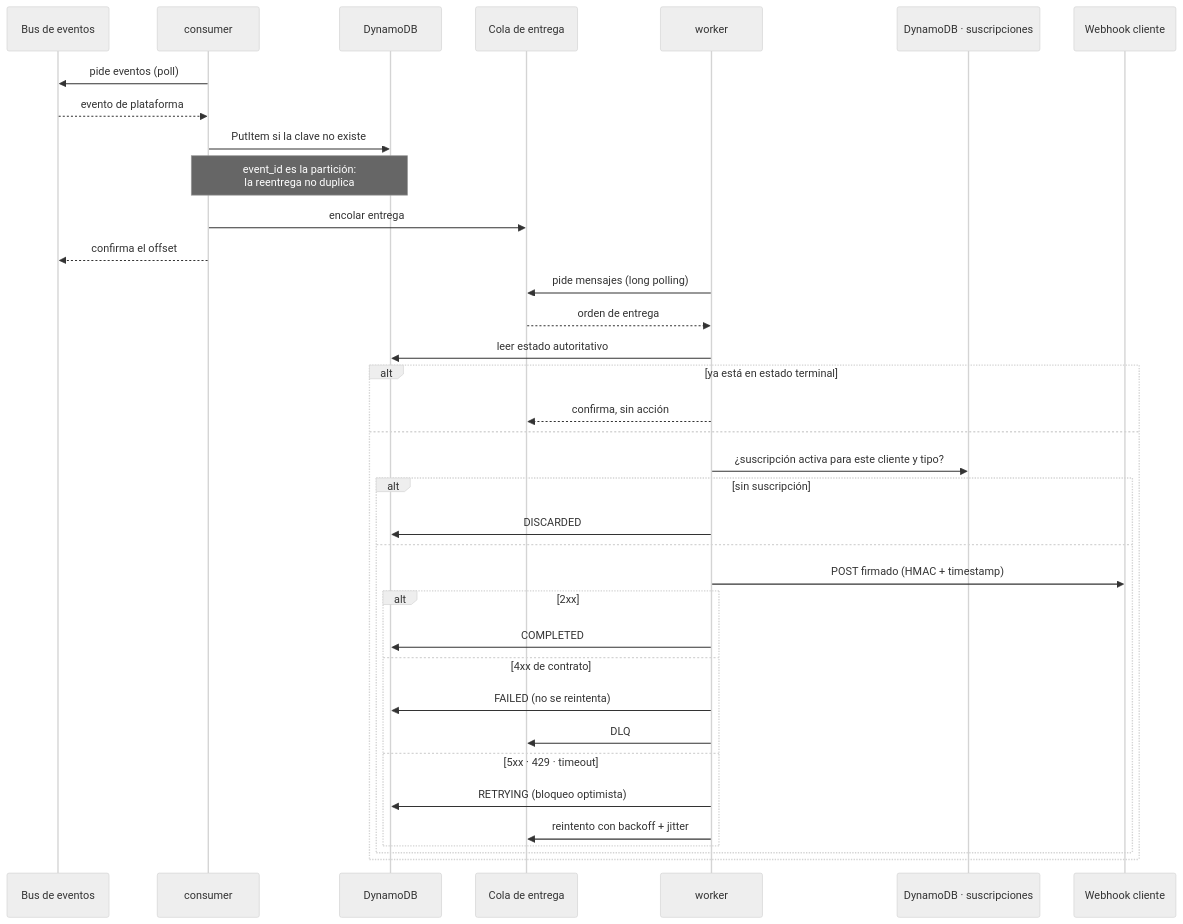
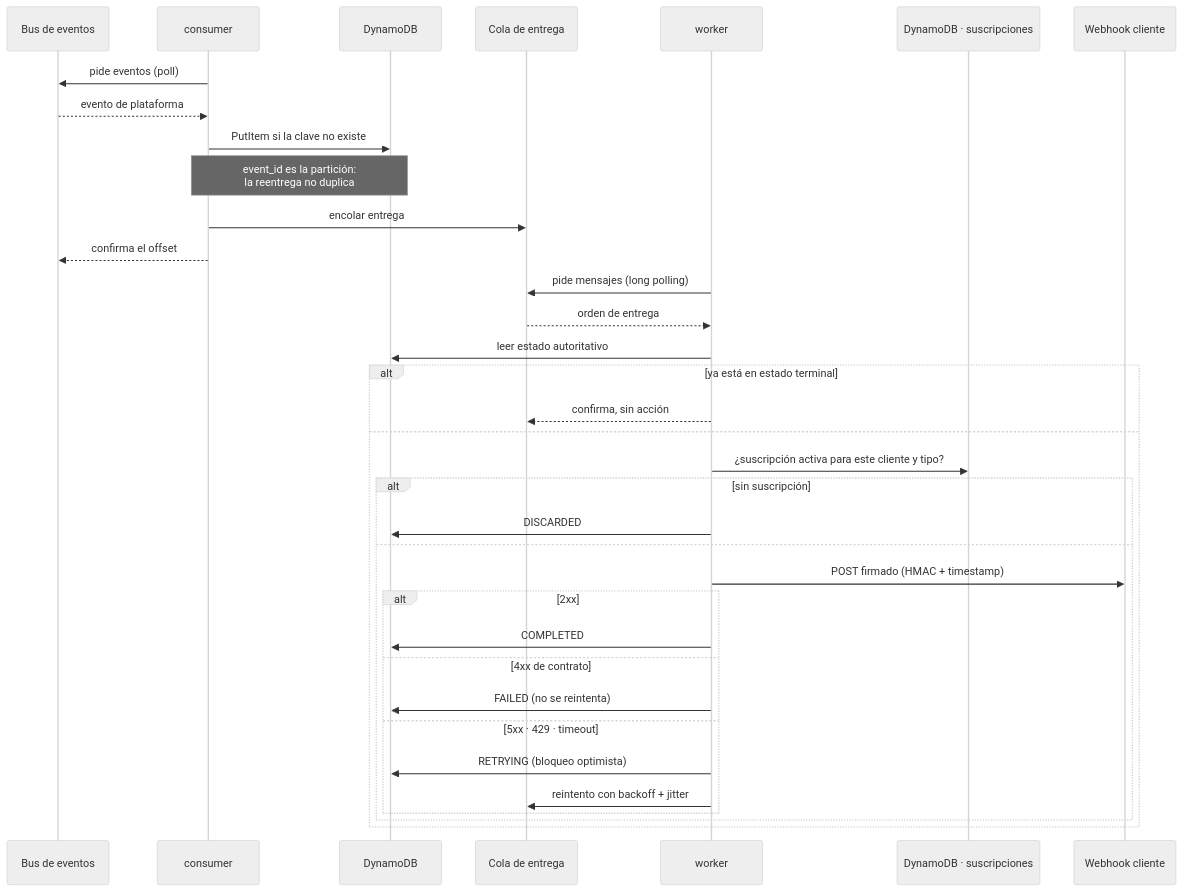
Before and after one commit to ssalaza7/cobre-notification-delivery: the fourth of 6 diagrams in docs/01-diseno-del-sistema.md, drawn with Mermaid (neutral theme). The commit also changed other lines of this file and 9 other files, not shown here.

````diff
--- a/docs/01-diseno-del-sistema.md
+++ b/docs/01-diseno-del-sistema.md
@@ -201,40 +201,39 @@
 ```mermaid
 sequenceDiagram
     participant K as Bus de eventos
     participant CON as consumer
     participant DB as DynamoDB
     participant Q as Cola de entrega
     participant W as worker
     participant S as DynamoDB · suscripciones
     participant H as Webhook cliente
 
     CON->>K: pide eventos (poll)
     K-->>CON: evento de plataforma
     CON->>DB: PutItem si la clave no existe
     Note over CON,DB: event_id es la partición:<br/>la reentrega no duplica
     CON->>Q: encolar entrega
     CON-->>K: confirma el offset
 
     W->>Q: pide mensajes (long polling)
     Q-->>W: orden de entrega
     W->>DB: leer estado autoritativo
     alt ya está en estado terminal
         W-->>Q: confirma, sin acción
     else
         W->>S: ¿suscripción activa para este cliente y tipo?
         alt sin suscripción
             W->>DB: DISCARDED
         else
             W->>H: POST firmado (HMAC + timestamp)
             alt 2xx
                 W->>DB: COMPLETED
             else 4xx de contrato
                 W->>DB: FAILED (no se reintenta)
-                W->>Q: DLQ
             else 5xx · 429 · timeout
                 W->>DB: RETRYING (bloqueo optimista)
                 W->>Q: reintento con backoff + jitter
             end
         end
     end
 ```
````
